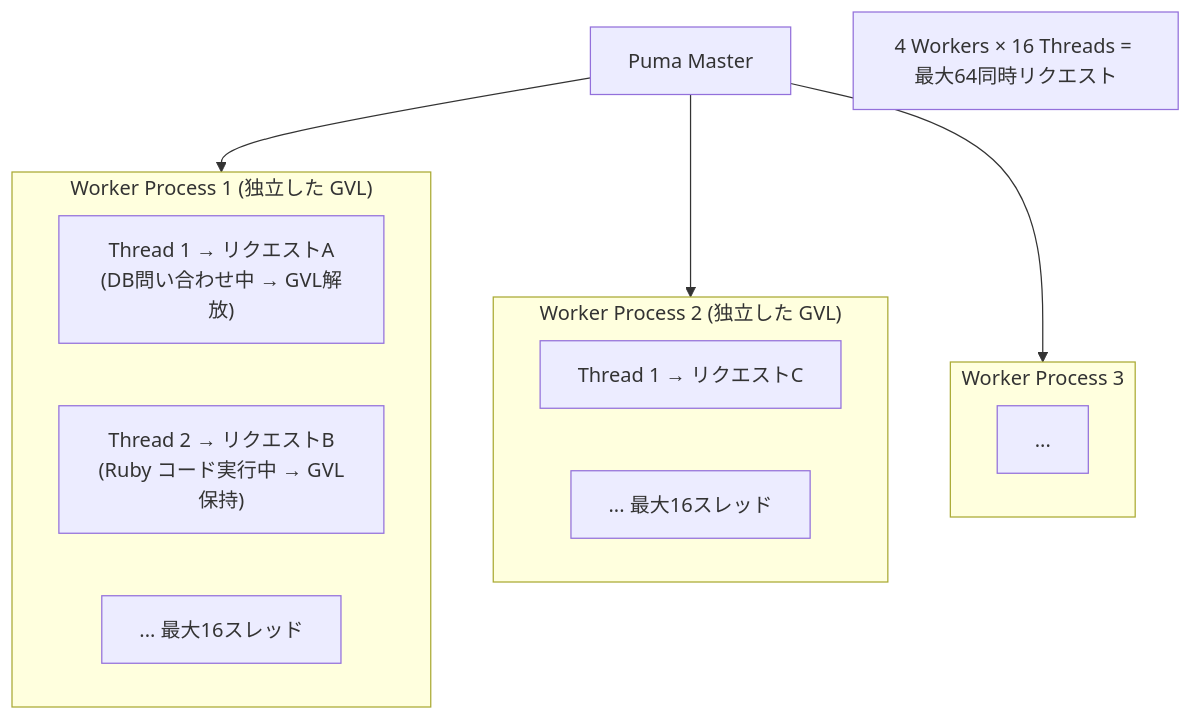
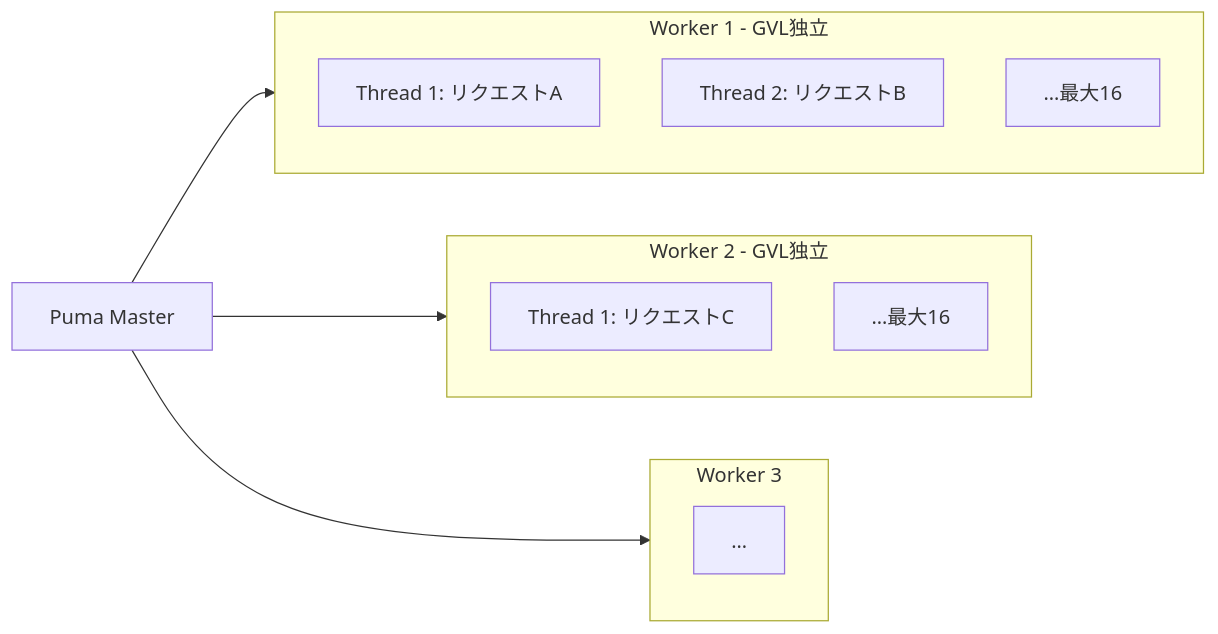
One commit to ryotaro-boost/web-engineer-knowledge-layers changed the ninth of 14 diagrams in details/Webサーバーとランタイムのリクエスト処理モデル.md. Above: the diagram before and after it, drawn with Mermaid. The commit also changed other lines of this file, not shown here.

First line of the commit message:
Mermaid図のテキスト重なりを修正

````diff
--- a/details/Webサーバーとランタイムのリクエスト処理モデル.md
+++ b/details/Webサーバーとランタイムのリクエスト処理モデル.md
@@ -299,20 +296,18 @@
 ```mermaid
-graph TD
-    Master["Puma Master"]
-    subgraph WP1["Worker Process 1 (独立した GVL)"]
-        T1_1["Thread 1 → リクエストA<br>(DB問い合わせ中 → GVL解放)"]
-        T1_2["Thread 2 → リクエストB<br>(Ruby コード実行中 → GVL保持)"]
-        T1_3["... 最大16スレッド"]
-    end
-    subgraph WP2["Worker Process 2 (独立した GVL)"]
-        T2_1["Thread 1 → リクエストC"]
-        T2_3["... 最大16スレッド"]
-    end
-    subgraph WP3["Worker Process 3"]
-        T3["..."]
-    end
-    Master --> WP1
+graph LR
+    Master["Puma Master"] --> WP1
     Master --> WP2
     Master --> WP3
-    Note["4 Workers × 16 Threads = 最大64同時リクエスト"]
+    subgraph WP1["Worker 1 - GVL独立"]
+        T1_1["Thread 1: リクエストA"]
+        T1_2["Thread 2: リクエストB"]
+        T1_3["…最大16"]
+    end
+    subgraph WP2["Worker 2 - GVL独立"]
+        T2_1["Thread 1: リクエストC"]
+        T2_3["…最大16"]
+    end
+    subgraph WP3["Worker 3"]
+        T3["…"]
+    end
 ```
````
